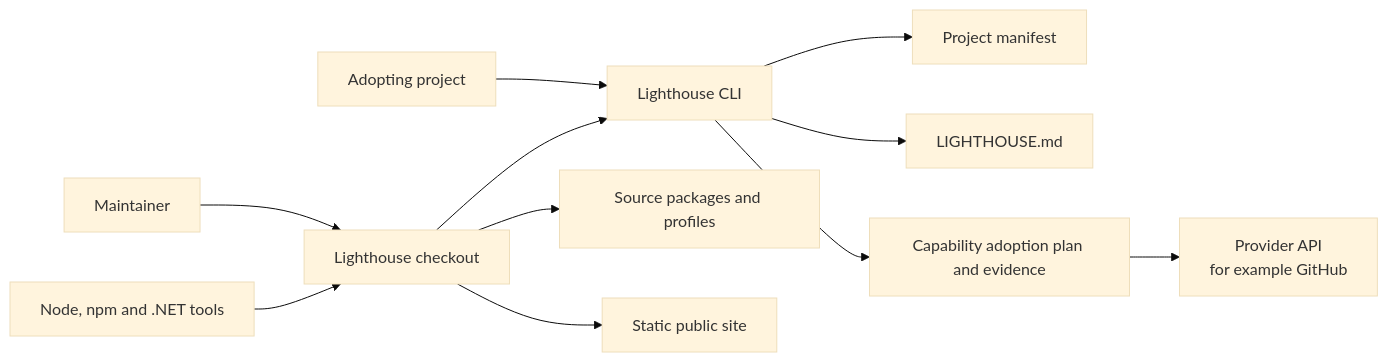
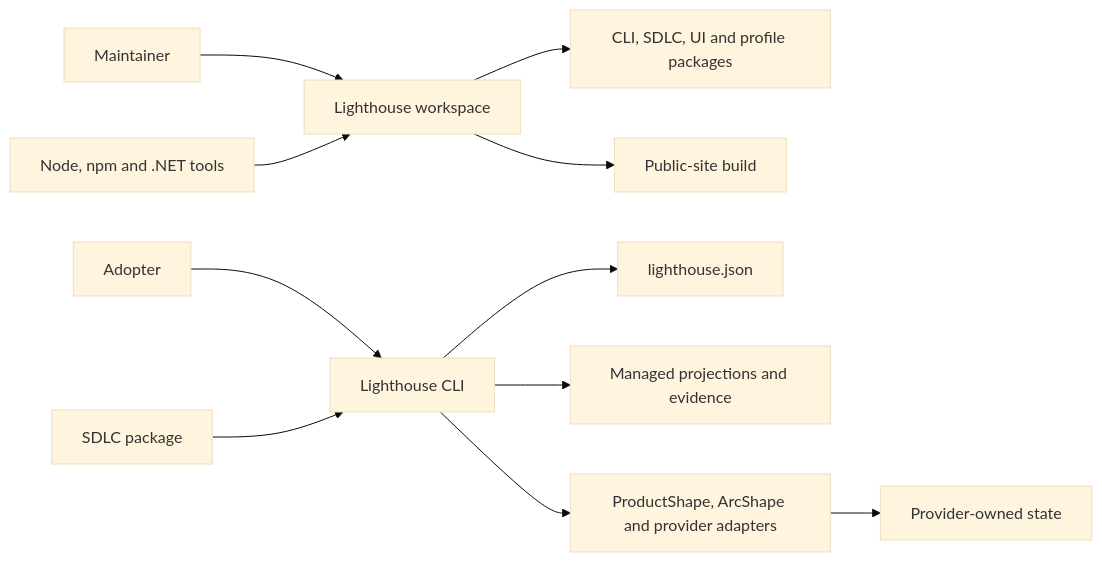
Before and after one commit to juangcarmona/lighthouse: the diagram in docs/architecture/03-context-and-scope/README.md, drawn with Mermaid (base theme). The commit also changed other lines of this file and 13 other files, not shown here.

First line of the commit message:
docs(architecture): reconcile docs with implementation (#48)

````diff
--- a/docs/architecture/03-context-and-scope/README.md
+++ b/docs/architecture/03-context-and-scope/README.md
@@ -11,14 +11,14 @@
 ```mermaid
 flowchart LR
     accTitle: Current Lighthouse repository context
-    maintainer[Maintainer] --> checkout[Lighthouse checkout]
-    adopter[Adopting project] --> cli[Lighthouse CLI]
-    checkout --> cli
-    cli --> manifest[Project manifest]
-    cli --> projection[LIGHTHOUSE.md]
-    cli --> adoption[Capability adoption plan and evidence]
-    checkout --> packages[Source packages and profiles]
-    checkout --> site[Static public site]
-    tools[Node, npm and .NET tools] --> checkout
-    adoption --> provider[Provider API<br/>for example GitHub]
+    maintainer[Maintainer] --> workspace[Lighthouse workspace]
+    adopter[Adopter] --> cli[Lighthouse CLI]
+    workspace --> packages[CLI, SDLC, UI and profile packages]
+    cli --> manifest[lighthouse.json]
+    cli --> projections[Managed projections and evidence]
+    cli --> providers[ProductShape, ArcShape and provider adapters]
+    sdlc[SDLC package] --> cli
+    workspace --> site[Public-site build]
+    tools[Node, npm and .NET tools] --> workspace
+    providers --> remote[Provider-owned state]
 ```
````
